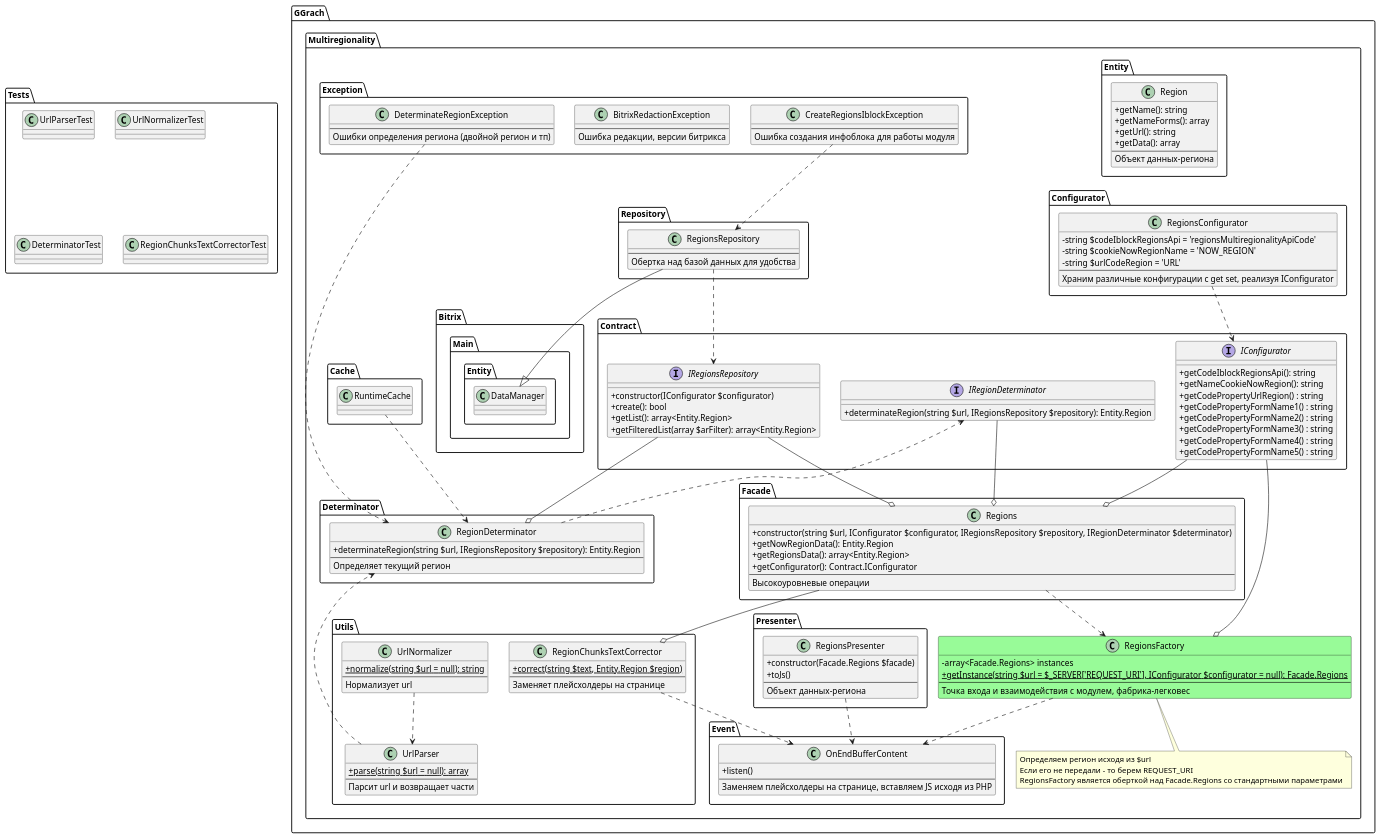
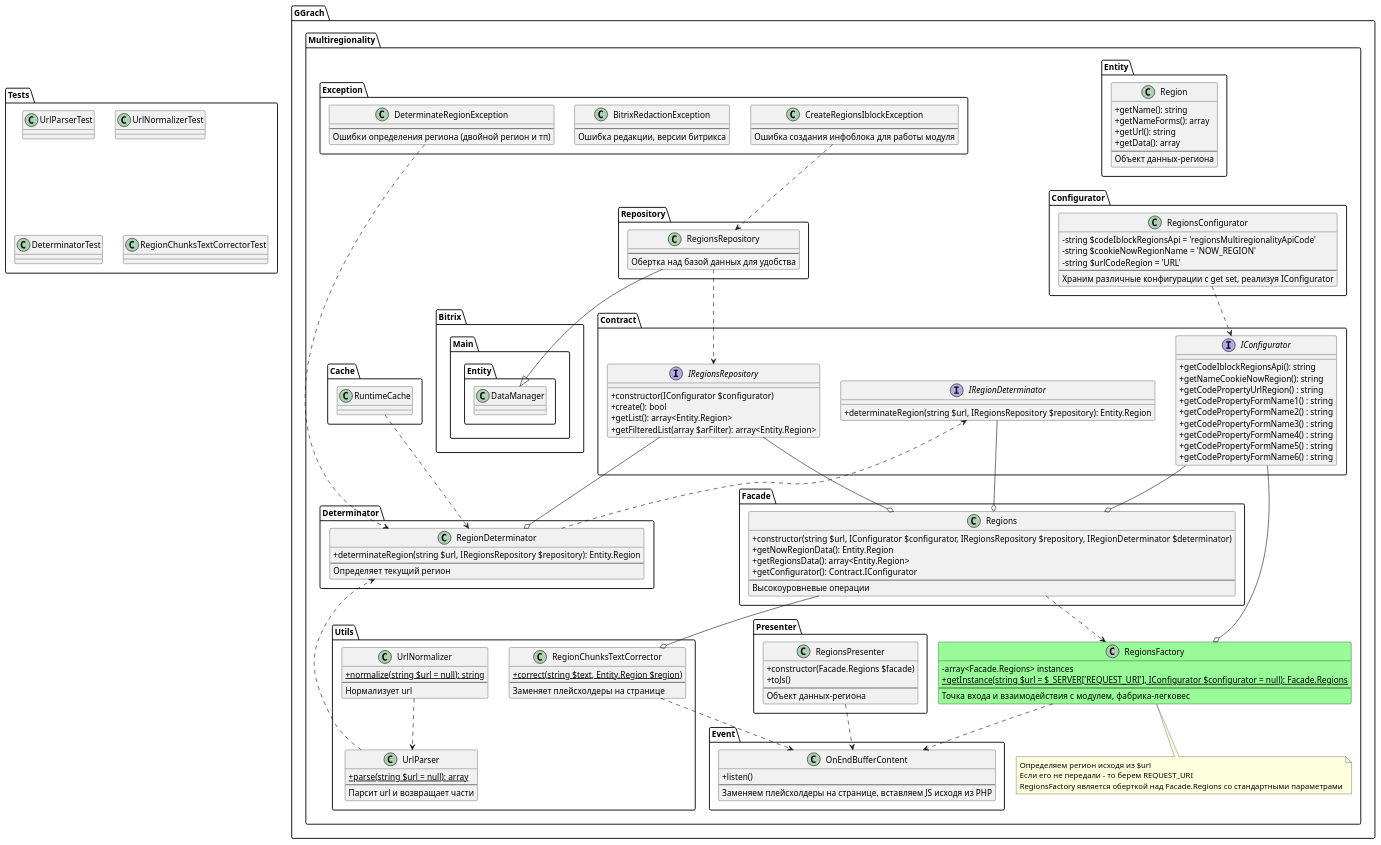
Before and after one commit to ggrachdev/bitrix_module_multiregionality: the diagram in ggrachdev.multiregionality/classes/general/Multiregionality/structure.puml, drawn with PlantUML. The commit also changed 3 other files, not shown here.

```diff
--- a/ggrachdev.multiregionality/classes/general/Multiregionality/structure.puml
+++ b/ggrachdev.multiregionality/classes/general/Multiregionality/structure.puml
@@ -1,194 +1,195 @@
 @startuml
 
 skinparam classAttributeIconSize 0
 
 package Tests {
     class UrlParserTest {
     }
 
     class UrlNormalizerTest {
     }
 
     class DeterminatorTest {
     }
 
     class RegionChunksTextCorrectorTest {
     }
 }
 
 package GGrach.Multiregionality {
 
     class RegionsFactory #palegreen ##black {
         - array<Facade.Regions> instances
         + {static} getInstance(string $url = $_SERVER['REQUEST_URI'], IConfigurator $configurator = null): Facade.Regions
         ---
         Точка входа и взаимодействия с модулем, фабрика-легковес
     }
 
     note bottom of RegionsFactory
         Определяем регион исходя из $url
         Если его не передали - то берем REQUEST_URI
         RegionsFactory является оберткой над Facade.Regions со стандартными параметрами
     end note
 
     namespace Entity {
         class Region {
             + getName(): string
             + getNameForms(): array
             + getUrl(): string
             + getData(): array
             ---
             Объект данных-региона
         }
     }
 
     namespace Presenter {
         class RegionsPresenter {
             + constructor(Facade.Regions $facade)
             + toJs()
             ---
             Объект данных-региона
         }
     }
 
     namespace Exception {
         class CreateRegionsIblockException {
             ---
             Ошибка создания инфоблока для работы модуля
         }
 
         class BitrixRedactionException {
             ---
             Ошибка редакции, версии битрикса
         }
 
         class DeterminateRegionException {
             ---
             Ошибки определения региона (двойной регион и тп)
         }
     }
 
     namespace Cache {
         class RuntimeCache {
         }
     }
 
     namespace Contract {
         interface IRegionDeterminator {
             + determinateRegion(string $url, IRegionsRepository $repository): Entity.Region
         }
         interface IRegionsRepository {
             +constructor(IConfigurator $configurator)
             +create(): bool
             +getList(): array<Entity.Region>
             +getFilteredList(array $arFilter): array<Entity.Region>
         }
         interface IConfigurator {
             + getCodeIblockRegionsApi(): string
             + getNameCookieNowRegion(): string
             + getCodePropertyUrlRegion() : string
             + getCodePropertyFormName1() : string
             + getCodePropertyFormName2() : string
             + getCodePropertyFormName3() : string
             + getCodePropertyFormName4() : string
             + getCodePropertyFormName5() : string
+            + getCodePropertyFormName6() : string
         }
     }
 
     namespace Configurator {
         class RegionsConfigurator {
             - string $codeIblockRegionsApi = 'regionsMultiregionalityApiCode'
             - string $cookieNowRegionName = 'NOW_REGION'
             - string $urlCodeRegion = 'URL'
             ---
             Храним различные конфигурации с get set, реализуя IConfigurator
         }
     }
 
     namespace Event {
         class OnEndBufferContent {
             +listen()
             ---
             Заменяем плейсхолдеры на странице, вставляем JS исходя из PHP
         }
     }
 
     namespace Repository {
         class RegionsRepository {
             ---
             Обертка над базой данных для удобства
         }
     }
 
     namespace Utils {
         class UrlParser {
             + {static} parse(string $url = null): array
             ---
             Парсит url и возвращает части
         }
 
         class UrlNormalizer {
             + {static} normalize(string $url = null): string
             ---
             Нормализует url
         }
 
         class RegionChunksTextCorrector {
             + {static} correct(string $text, Entity.Region $region)
             ---
             Заменяет плейсхолдеры на странице
         }
     }
 
     namespace Determinator {
         class RegionDeterminator {
             + determinateRegion(string $url, IRegionsRepository $repository): Entity.Region
             ---
             Определяет текущий регион
         }
     }
 
     namespace Facade {
         class Regions {
             + constructor(string $url, IConfigurator $configurator, IRegionsRepository $repository, IRegionDeterminator $determinator)
             + getNowRegionData(): Entity.Region
             + getRegionsData(): array<Entity.Region>
             + getConfigurator(): Contract.IConfigurator
             ---
             Высокоуровневые операции
         }
     }
 
     Exception.DeterminateRegionException ..>  Determinator.RegionDeterminator
     Exception.CreateRegionsIblockException ..>  Repository.RegionsRepository
 
     Utils.UrlNormalizer ..>  Utils.UrlParser
     Utils.UrlParser ..>  Determinator.RegionDeterminator
     Utils.RegionChunksTextCorrector ..>  Event.OnEndBufferContent
 
     Presenter.RegionsPresenter ..>  Event.OnEndBufferContent
 
     Configurator.RegionsConfigurator ..>  Contract.IConfigurator
 
     Determinator.RegionDeterminator ..>  Contract.IRegionDeterminator
     
     Cache.RuntimeCache ..>  Determinator.RegionDeterminator
 
     Facade.Regions --o Utils.RegionChunksTextCorrector
     Facade.Regions ..> RegionsFactory
 
     Contract.IConfigurator --o Facade.Regions
     Contract.IConfigurator --o  RegionsFactory
 
     Contract.IRegionsRepository --o Determinator.RegionDeterminator 
     Contract.IRegionsRepository --o  Facade.Regions
 
     Contract.IRegionDeterminator --o  Facade.Regions
 
     Repository.RegionsRepository --|> Bitrix.Main.Entity.DataManager
     Repository.RegionsRepository ..>  Contract.IRegionsRepository
 
     RegionsFactory ..>  Event.OnEndBufferContent
 }
 
 @enduml
```
